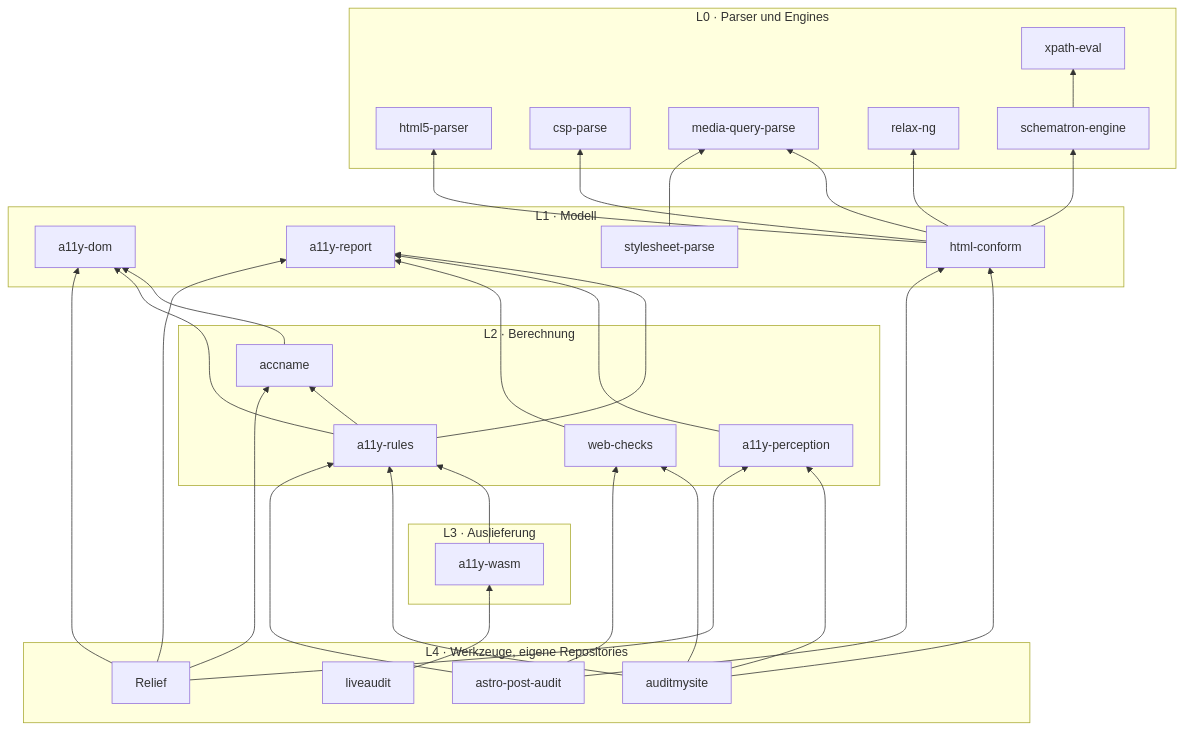
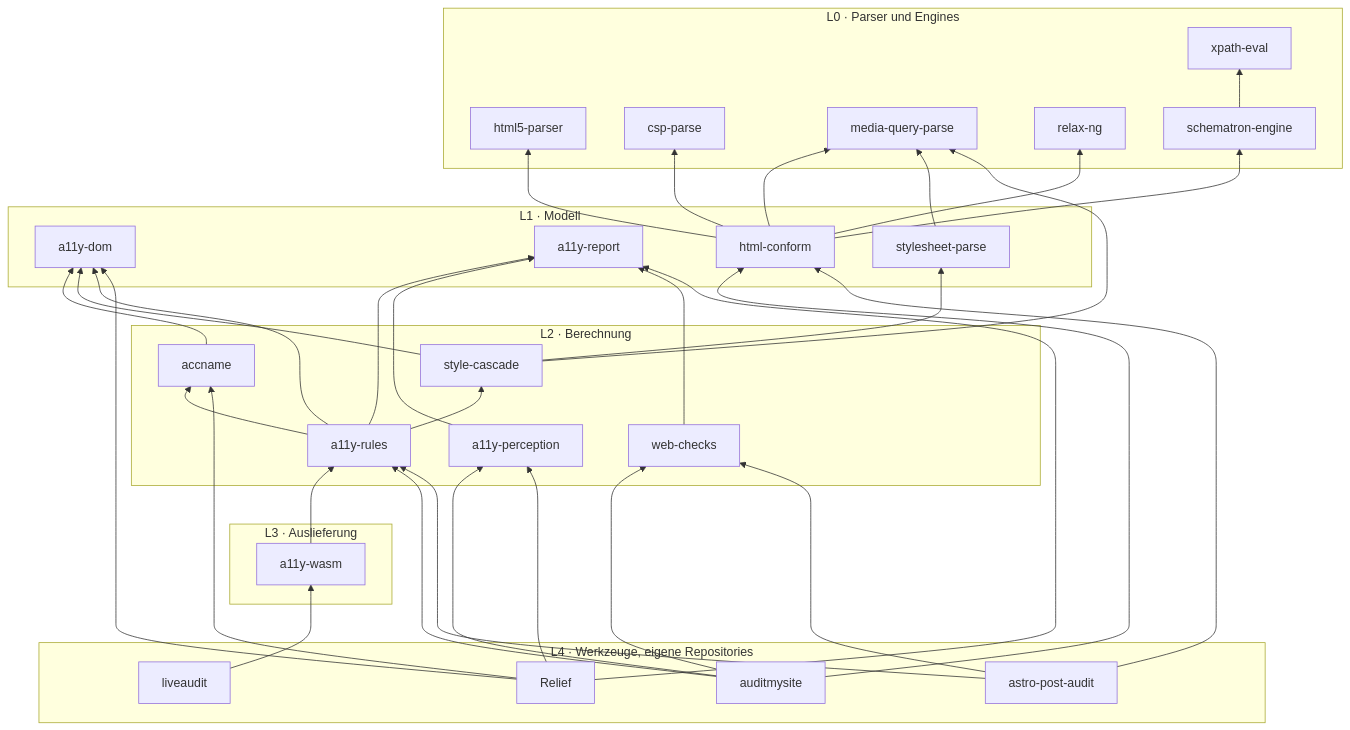
One commit to casoon/barrierlab changed the diagram in docs/architecture.md. Above: the diagram before and after it, drawn with Mermaid. The commit also changed 28 other files, not shown here.

First line of the commit message:
style-cascade: CSS cascade without a browser, computed styles for contrast rules

````diff
--- a/docs/architecture.md
+++ b/docs/architecture.md
@@ -16,45 +16,47 @@
 ```mermaid
 flowchart BT
   subgraph L0["L0 · Parser und Engines"]
     h5[html5-parser]
     csp[csp-parse]
     mq[media-query-parse]
     xp[xpath-eval]
     rng[relax-ng]
     sch[schematron-engine]
   end
   subgraph L1["L1 · Modell"]
     dom[a11y-dom]
     rep[a11y-report]
     hc[html-conform]
     cssp[stylesheet-parse]
   end
   subgraph L2["L2 · Berechnung"]
     acc[accname]
+    cas[style-cascade]
     rules[a11y-rules]
     perc[a11y-perception]
     wc[web-checks]
   end
   subgraph L3["L3 · Auslieferung"]
     wasm[a11y-wasm]
   end
   subgraph L4["L4 · Werkzeuge, eigene Repositories"]
     ams[auditmysite]
     apa[astro-post-audit]
     la[liveaudit]
     rl[Relief]
   end
 
   sch --> xp
   hc --> h5 & csp & mq & rng & sch
   cssp --> mq
   acc --> dom
-  rules --> dom & rep & acc
+  cas --> dom & cssp & mq
+  rules --> dom & rep & acc & cas
   perc --> rep
   wc --> rep
   wasm --> rules
   ams --> rules & hc & perc & wc
   apa --> rules & hc & wc
   la --> wasm
   rl --> perc & acc & dom & rep
 ```
````
